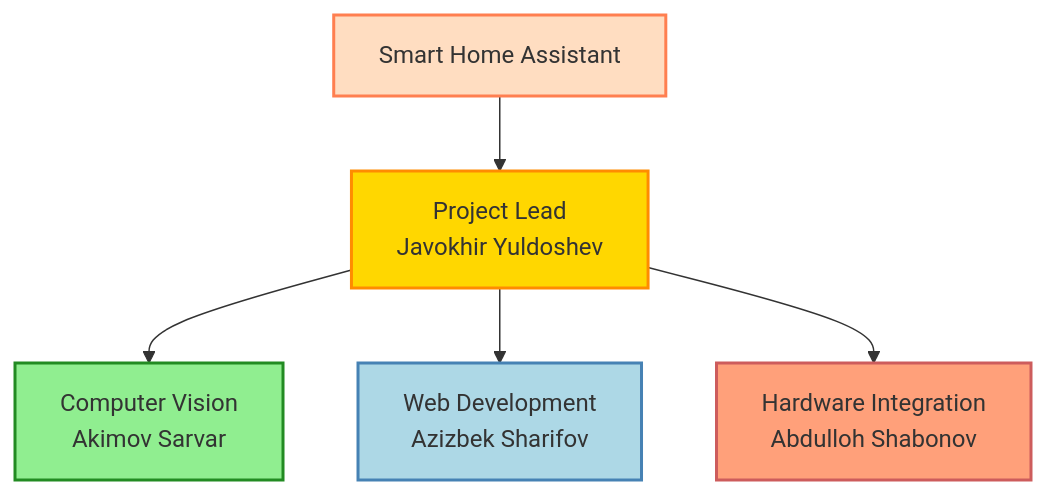
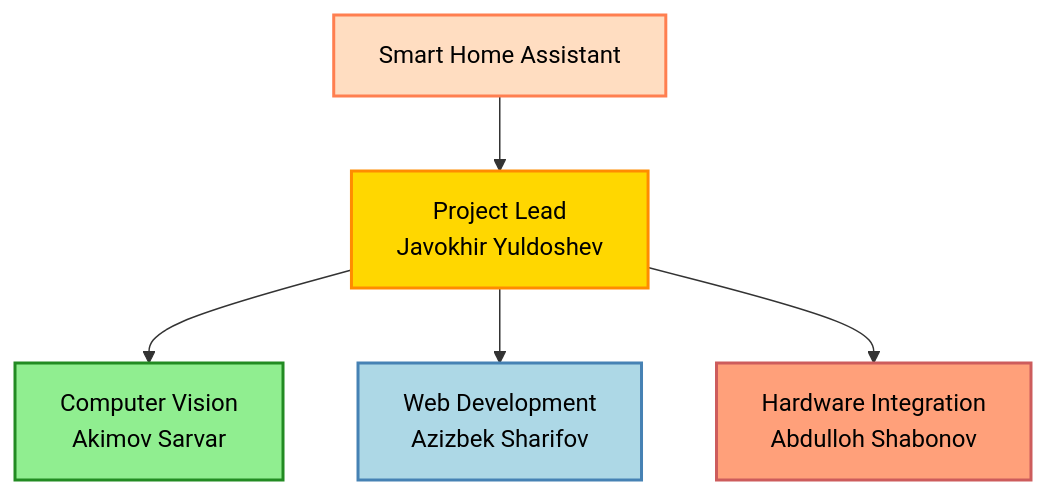
Before and after one commit to Iot-innovators-of-tomorrow/Iot: the sixth of 6 diagrams in README.md, drawn with Mermaid.

````diff
--- a/README.md
+++ b/README.md
@@ -152,14 +152,14 @@
 ```mermaid
 graph TD
     A[Smart Home Assistant] --> B[Project Lead<br>Javokhir Yuldoshev]
     B --> C[Computer Vision<br>Akimov Sarvar]
     B --> D[Web Development<br>Azizbek Sharifov]
     B --> E[Hardware Integration<br>Abdulloh Shabonov]
 
-    style A fill:#FFDDC1,stroke:#FF7F50,stroke-width:2px
-    style B fill:#FFD700,stroke:#FF8C00,stroke-width:2px
-    style C fill:#90EE90,stroke:#228B22,stroke-width:2px
-    style D fill:#ADD8E6,stroke:#4682B4,stroke-width:2px
-    style E fill:#FFA07A,stroke:#CD5C5C,stroke-width:2px
+    style A fill:#FFDDC1,stroke:#FF7F50,stroke-width:2px,color:#000000
+    style B fill:#FFD700,stroke:#FF8C00,stroke-width:2px,color:#000000
+    style C fill:#90EE90,stroke:#228B22,stroke-width:2px,color:#000000
+    style D fill:#ADD8E6,stroke:#4682B4,stroke-width:2px,color:#000000
+    style E fill:#FFA07A,stroke:#CD5C5C,stroke-width:2px,color:#000000
 
 ```
````
